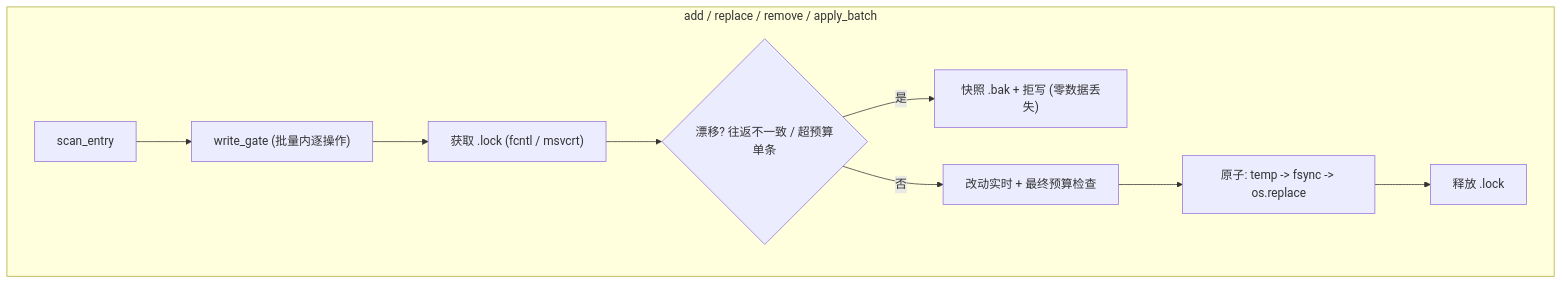
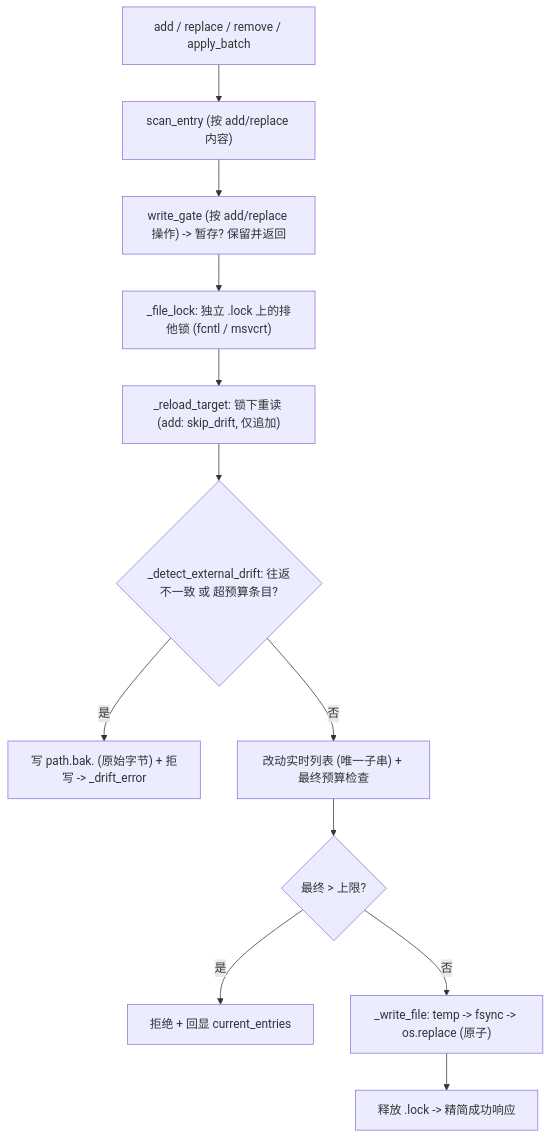
One commit to Ruihang2017/Jobpin-Agent changed the second of 2 diagrams in site/devlog/p0-1.2-memory-store.md. Above: the diagram before and after it, drawn with Mermaid. The commit also changed other lines of this file and 5 other files, not shown here.

````diff
--- a/site/devlog/p0-1.2-memory-store.md
+++ b/site/devlog/p0-1.2-memory-store.md
@@ -41,12 +253,14 @@
 ```mermaid
 flowchart TD
-    subgraph Write["add / replace / remove / apply_batch"]
-      W1["scan_entry"] --> W2["write_gate (批量内逐操作)"]
-      W2 --> LK["获取 .lock (fcntl / msvcrt)"]
-      LK --> DRf{"漂移? 往返不一致 / 超预算单条"}
-      DRf -- "是" --> BAK["快照 .bak + 拒写 (零数据丢失)"]
-      DRf -- "否" --> MUT["改动实时 + 最终预算检查"]
-      MUT --> AW["原子: temp -> fsync -> os.replace"]
-      AW --> UN["释放 .lock"]
-    end
+    OP["add / replace / remove / apply_batch"] --> SC["scan_entry (按 add/replace 内容)"]
+    SC --> GT["write_gate (按 add/replace 操作) -> 暂存? 保留并返回"]
+    GT --> LK["_file_lock: 独立 .lock 上的排他锁 (fcntl / msvcrt)"]
+    LK --> RL["_reload_target: 锁下重读 (add: skip_drift, 仅追加)"]
+    RL --> DR{"_detect_external_drift: 往返不一致 或 超预算条目?"}
+    DR -- "是" --> BAK["写 path.bak.<ts> (原始字节) + 拒写 -> _drift_error"]
+    DR -- "否" --> MUT["改动实时列表 (唯一子串) + 最终预算检查"]
+    MUT --> OB{"最终 > 上限?"}
+    OB -- "是" --> REJ["拒绝 + 回显 current_entries"]
+    OB -- "否" --> AW["_write_file: temp -> fsync -> os.replace (原子)"]
+    AW --> UN["释放 .lock -> 精简成功响应"]
 ```
````
